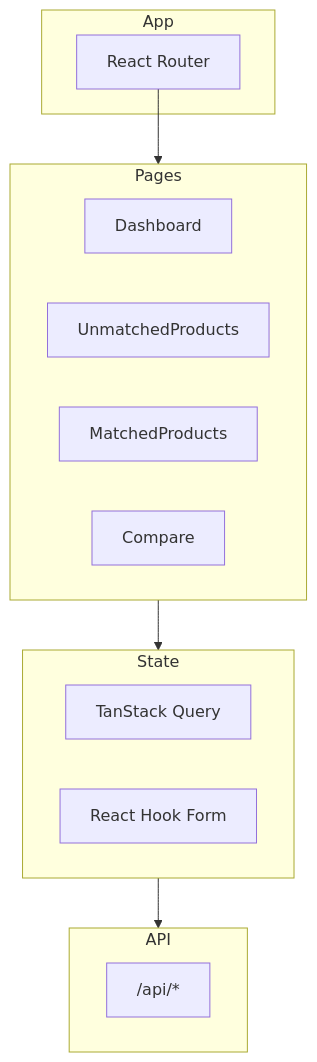
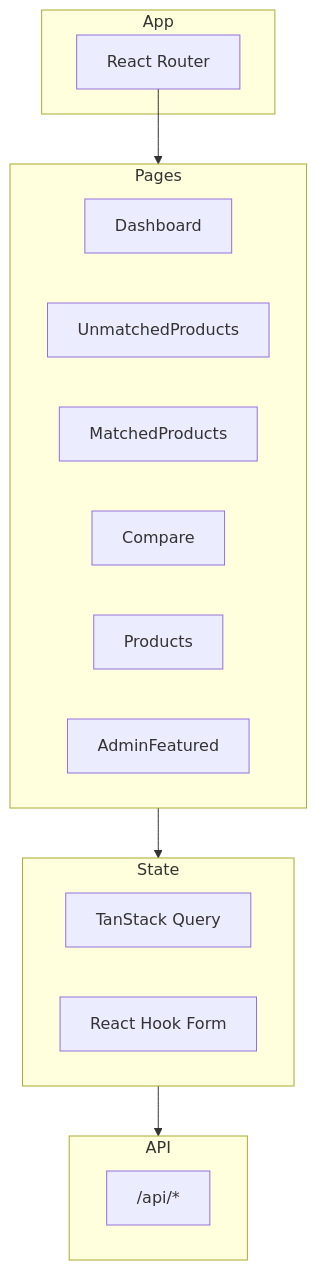
The seventh of 8 diagrams in docs/01-arquitectura/diagramas.md (lassmann/ofertas-ya-crawler), drawn with Mermaid before and after one commit. The commit also changed other lines of this file and 23 other files, not shown here.

````diff
--- a/docs/01-arquitectura/diagramas.md
+++ b/docs/01-arquitectura/diagramas.md
@@ -263,26 +283,28 @@
 ```mermaid
 flowchart TB
     subgraph App
         Router[React Router]
     end
 
     subgraph Pages
         Dashboard
         UnmatchedProducts
         MatchedProducts
         Compare
+        Products
+        AdminFeatured
     end
 
     subgraph State
         TQ[TanStack Query]
         RHF[React Hook Form]
     end
 
     subgraph API
         Fetch["/api/*"]
     end
 
     Router --> Pages
     Pages --> State
     State --> API
 ```
````
